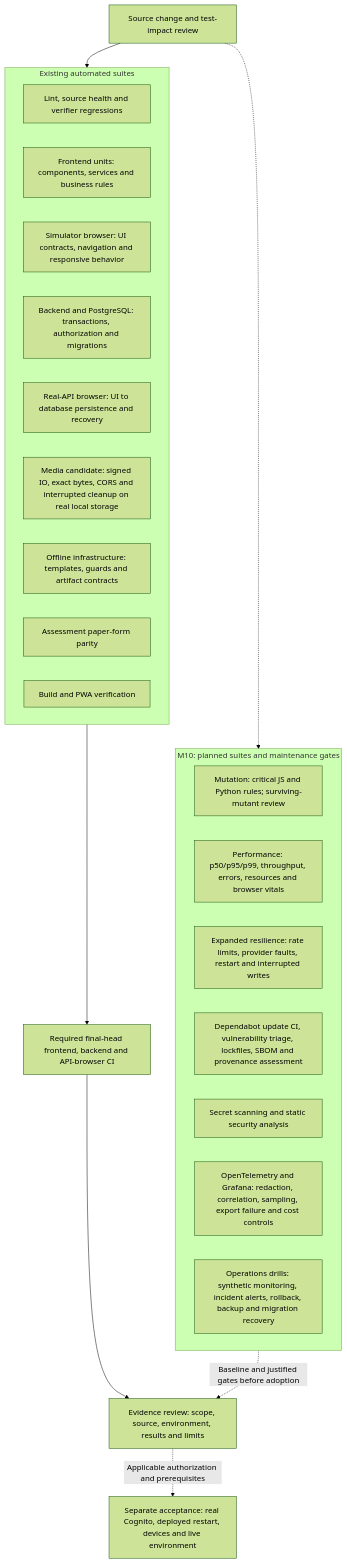
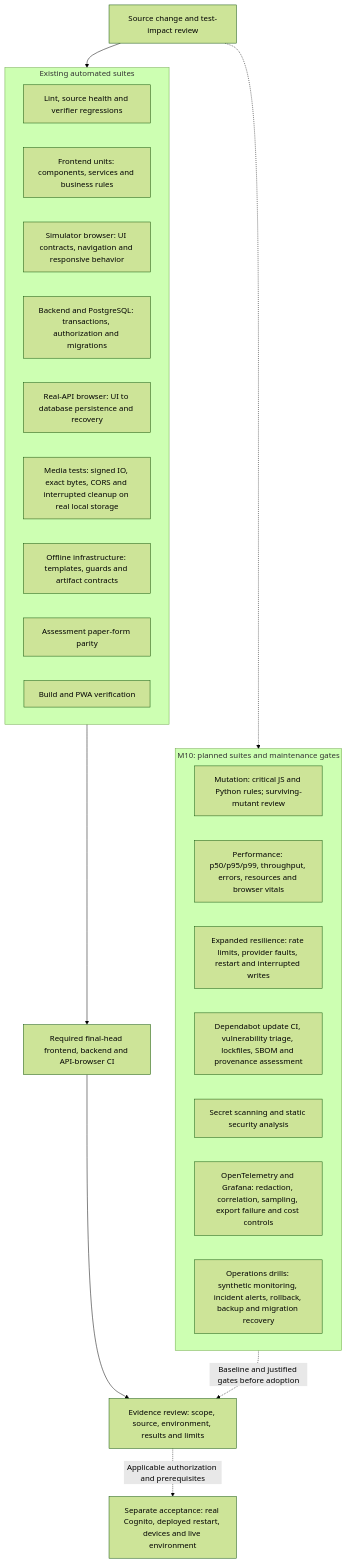
One commit to LimYouSheng/FitfinityReact changed the third of 3 diagrams in docs/Architecture/diagram.md. Above: the diagram before and after it, drawn with Mermaid (forest theme). The commit also changed other lines of this file and 45 other files, not shown here.

````diff
--- a/docs/Architecture/diagram.md
+++ b/docs/Architecture/diagram.md
@@ -87,32 +87,32 @@
 ```mermaid
 flowchart TB
   Change["Source change and test-impact review"]
   subgraph Existing["Existing automated suites"]
     Static["Lint, source health and verifier regressions"]
     Unit["Frontend units: components, services and business rules"]
     Simulator["Simulator browser: UI contracts, navigation and responsive behavior"]
     Database["Backend and PostgreSQL: transactions, authorization and migrations"]
     Browser["Real-API browser: UI to database persistence and recovery"]
-    ObjectTests["Media candidate: signed IO, exact bytes, CORS and interrupted cleanup on real local storage"]
+    ObjectTests["Media tests: signed IO, exact bytes, CORS and interrupted cleanup on real local storage"]
     Infra["Offline infrastructure: templates, guards and artifact contracts"]
     Forms["Assessment paper-form parity"]
     Build["Build and PWA verification"]
   end
   subgraph Future["M10: planned suites and maintenance gates"]
     Mutation["Mutation: critical JS and Python rules; surviving-mutant review"]
     Performance["Performance: p50/p95/p99, throughput, errors, resources and browser vitals"]
     Resilience["Expanded resilience: rate limits, provider faults, restart and interrupted writes"]
     SupplyTests["Dependabot update CI, vulnerability triage, lockfiles, SBOM and provenance assessment"]
     SecurityTests["Secret scanning and static security analysis"]
     Observability["OpenTelemetry and Grafana: redaction, correlation, sampling, export failure and cost controls"]
     Drills["Operations drills: synthetic monitoring, incident alerts, rollback, backup and migration recovery"]
   end
   Gates["Required final-head frontend, backend and API-browser CI"]
   Evidence["Evidence review: scope, source, environment, results and limits"]
   Live["Separate acceptance: real Cognito, deployed restart, devices and live environment"]
   Change --> Existing
   Existing --> Gates --> Evidence
   Change -.-> Future
   Future -.->|"Baseline and justified gates before adoption"| Evidence
   Evidence -.->|"Applicable authorization and prerequisites"| Live
 ```
````
